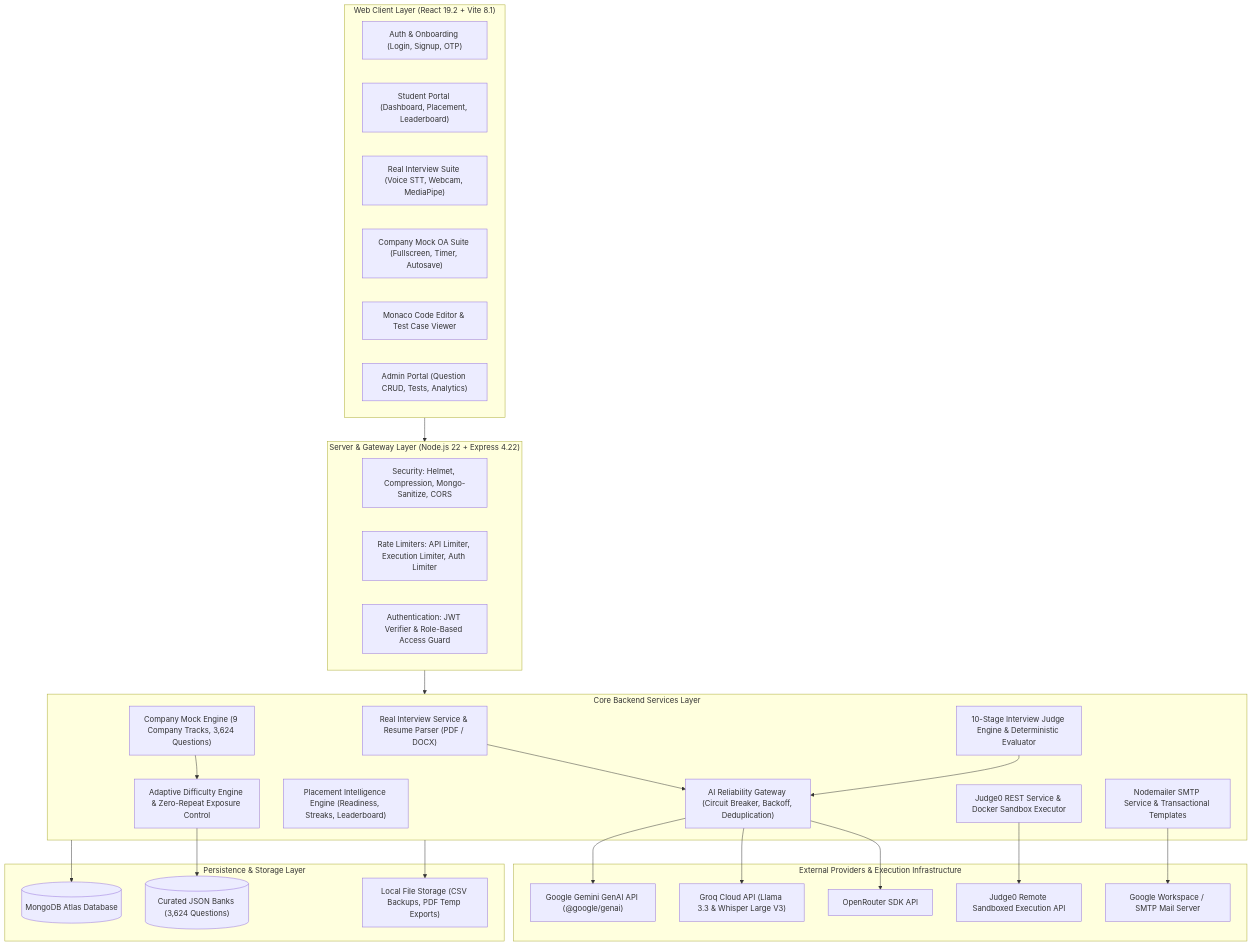
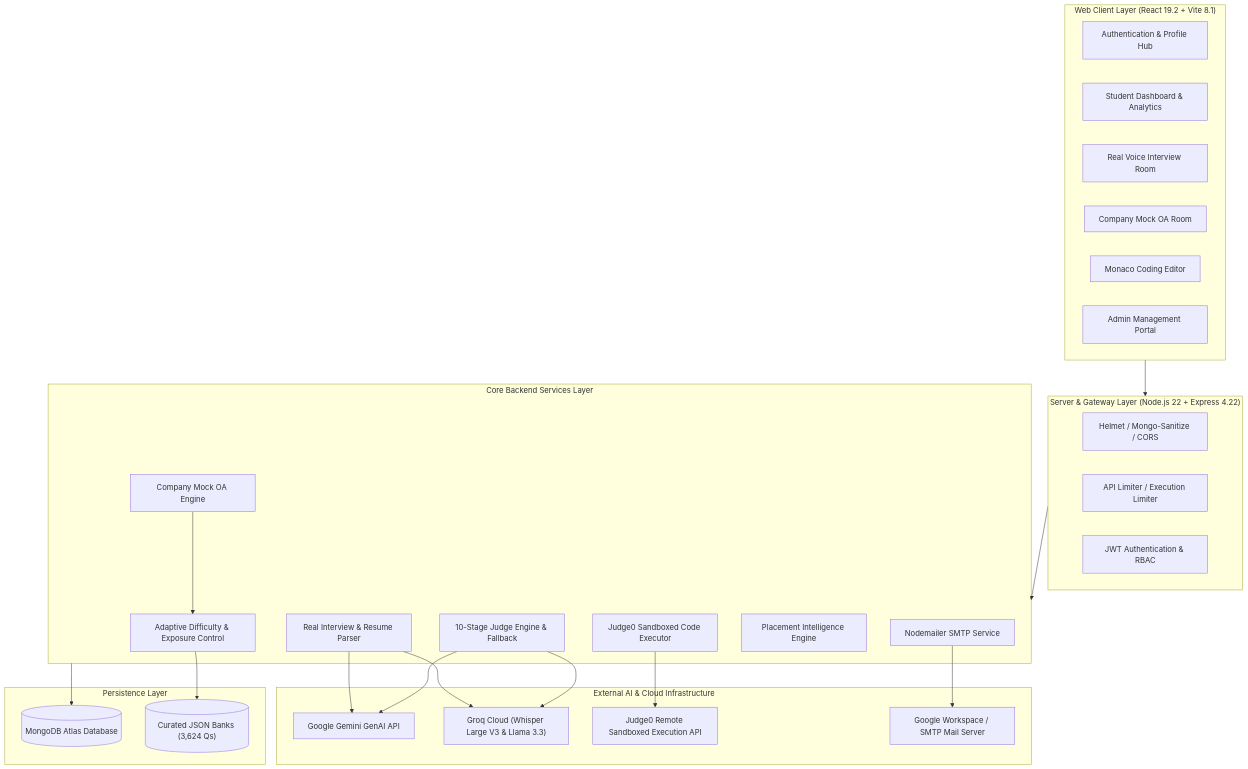
One commit to Amollende12/Notes changed the diagram in README.md. Above: the diagram before and after it, drawn with Mermaid. The commit also changed other lines of this file, not shown here.

````diff
--- a/README.md
+++ b/README.md
@@ -196,55 +205,49 @@
 ```mermaid
 flowchart TD
     subgraph Client["Web Client Layer (React 19.2 + Vite 8.1)"]
-        UI_AUTH["Auth & Onboarding (Login, Signup, OTP)"]
-        UI_STUDENT["Student Portal (Dashboard, Placement, Leaderboard)"]
-        UI_INTERVIEW["Real Interview Suite (Voice STT, Webcam, MediaPipe)"]
-        UI_MOCK["Company Mock OA Suite (Fullscreen, Timer, Autosave)"]
-        UI_CODE["Monaco Code Editor & Test Case Viewer"]
-        UI_ADMIN["Admin Portal (Question CRUD, Tests, Analytics)"]
+        UI_AUTH["Authentication & Profile Hub"]
+        UI_STUDENT["Student Dashboard & Analytics"]
+        UI_INTERVIEW["Real Voice Interview Room"]
+        UI_MOCK["Company Mock OA Room"]
+        UI_CODE["Monaco Coding Editor"]
+        UI_ADMIN["Admin Management Portal"]
     end
 
     subgraph Gateway["Server & Gateway Layer (Node.js 22 + Express 4.22)"]
-        MW_SEC["Security: Helmet, Compression, Mongo-Sanitize, CORS"]
-        MW_RATE["Rate Limiters: API Limiter, Execution Limiter, Auth Limiter"]
-        MW_AUTH["Authentication: JWT Verifier & Role-Based Access Guard"]
+        MW_SEC["Helmet / Mongo-Sanitize / CORS"]
+        MW_RATE["API Limiter / Execution Limiter"]
+        MW_AUTH["JWT Authentication & RBAC"]
     end
 
     subgraph Services["Core Backend Services Layer"]
-        SVC_REAL["Real Interview Service & Resume Parser (PDF / DOCX)"]
-        SVC_JUDGE["10-Stage Interview Judge Engine & Deterministic Evaluator"]
-        SVC_MOCK["Company Mock Engine (9 Company Tracks, 3,624 Questions)"]
-        SVC_ADAPT["Adaptive Difficulty Engine & Zero-Repeat Exposure Control"]
-        SVC_CODE["Judge0 REST Service & Docker Sandbox Executor"]
-        SVC_PLACE["Placement Intelligence Engine (Readiness, Streaks, Leaderboard)"]
-        SVC_EMAIL["Nodemailer SMTP Service & Transactional Templates"]
-        SVC_AI_GATE["AI Reliability Gateway (Circuit Breaker, Backoff, Deduplication)"]
+        SVC_REAL["Real Interview & Resume Parser"]
+        SVC_JUDGE["10-Stage Judge Engine & Fallback"]
+        SVC_MOCK["Company Mock OA Engine"]
+        SVC_ADAPT["Adaptive Difficulty & Exposure Control"]
+        SVC_CODE["Judge0 Sandboxed Code Executor"]
+        SVC_PLACE["Placement Intelligence Engine"]
+        SVC_EMAIL["Nodemailer SMTP Service"]
     end
 
-    subgraph Providers["External Providers & Execution Infrastructure"]
-        AI_GEMINI["Google Gemini GenAI API (@google/genai)"]
-        AI_GROQ["Groq Cloud API (Llama 3.3 & Whisper Large V3)"]
-        AI_OPENROUTER["OpenRouter SDK API"]
+    subgraph Providers["External AI & Cloud Infrastructure"]
+        AI_GEMINI["Google Gemini GenAI API"]
+        AI_GROQ["Groq Cloud (Whisper Large V3 & Llama 3.3)"]
         JUDGE0_API["Judge0 Remote Sandboxed Execution API"]
         SMTP_SERVER["Google Workspace / SMTP Mail Server"]
     end
 
-    subgraph Data["Persistence & Storage Layer"]
+    subgraph Data["Persistence Layer"]
         DB_MONGO[("MongoDB Atlas Database")]
-        BANKS_JSON[("Curated JSON Banks (3,624 Questions)")]
-        FS_EXPORTS["Local File Storage (CSV Backups, PDF Temp Exports)"]
+        BANKS_JSON[("Curated JSON Banks (3,624 Qs)")]
     end
 
     Client --> Gateway
     Gateway --> Services
-    
-    SVC_REAL --> SVC_AI_GATE
-    SVC_JUDGE --> SVC_AI_GATE
+    SVC_REAL --> AI_GEMINI
+    SVC_REAL --> AI_GROQ
+    SVC_JUDGE --> AI_GEMINI & AI_GROQ
     SVC_MOCK --> SVC_ADAPT --> BANKS_JSON
     SVC_CODE --> JUDGE0_API
-    SVC_AI_GATE --> AI_GEMINI & AI_GROQ & AI_OPENROUTER
     SVC_EMAIL --> SMTP_SERVER
-    
     Services --> DB_MONGO
-    Services --> FS_EXPORTS
 ```
````
